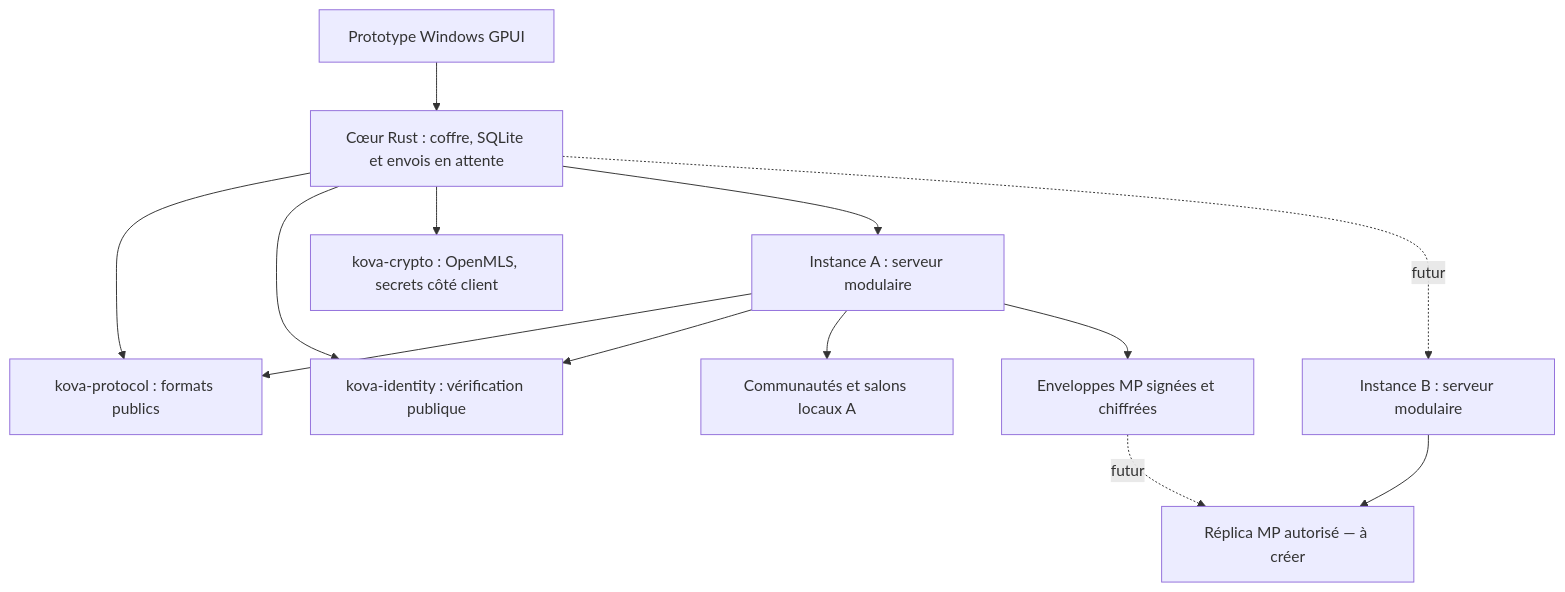
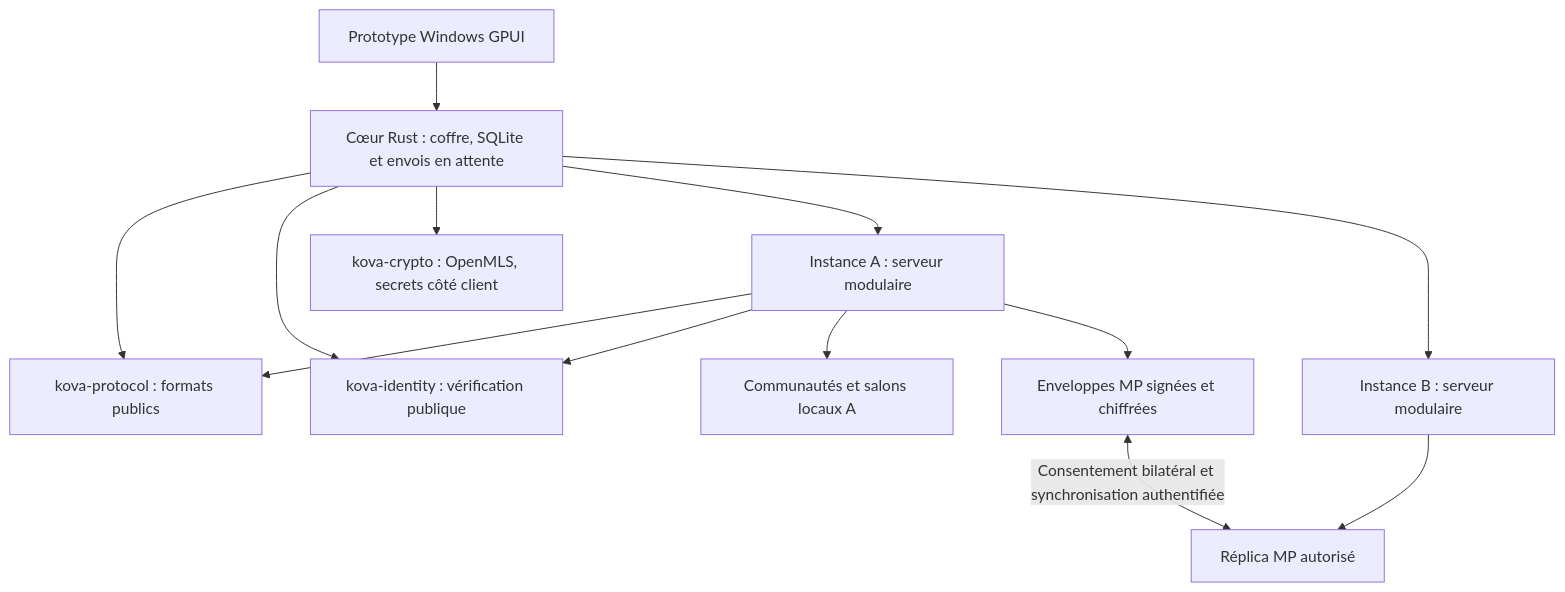
Before and after one commit to Kovanderhaege/kova: the diagram in docs/architecture.md, drawn with Mermaid. The commit also changed other lines of this file and 36 other files, not shown here.

````diff
--- a/docs/architecture.md
+++ b/docs/architecture.md
@@ -3,15 +3,15 @@
 ```mermaid
 flowchart TB
     UI[Prototype Windows GPUI] --> Core[Cœur Rust : coffre, SQLite et envois en attente]
     Core --> Protocol[kova-protocol : formats publics]
     Core --> Identity[kova-identity : vérification publique]
     Core --> Crypto[kova-crypto : OpenMLS, secrets côté client]
     Core --> A[Instance A : serveur modulaire]
-    Core -. futur .-> B[Instance B : serveur modulaire]
+    Core --> B[Instance B : serveur modulaire]
     A --> Protocol
     A --> Identity
     A --> Community[Communautés et salons locaux A]
     A --> DM[Enveloppes MP signées et chiffrées]
-    B --> Replica[Réplica MP autorisé — à créer]
-    DM -. futur .-> Replica
+    B --> Replica[Réplica MP autorisé]
+    DM <-->|Consentement bilatéral et synchronisation authentifiée| Replica
 ```
````
